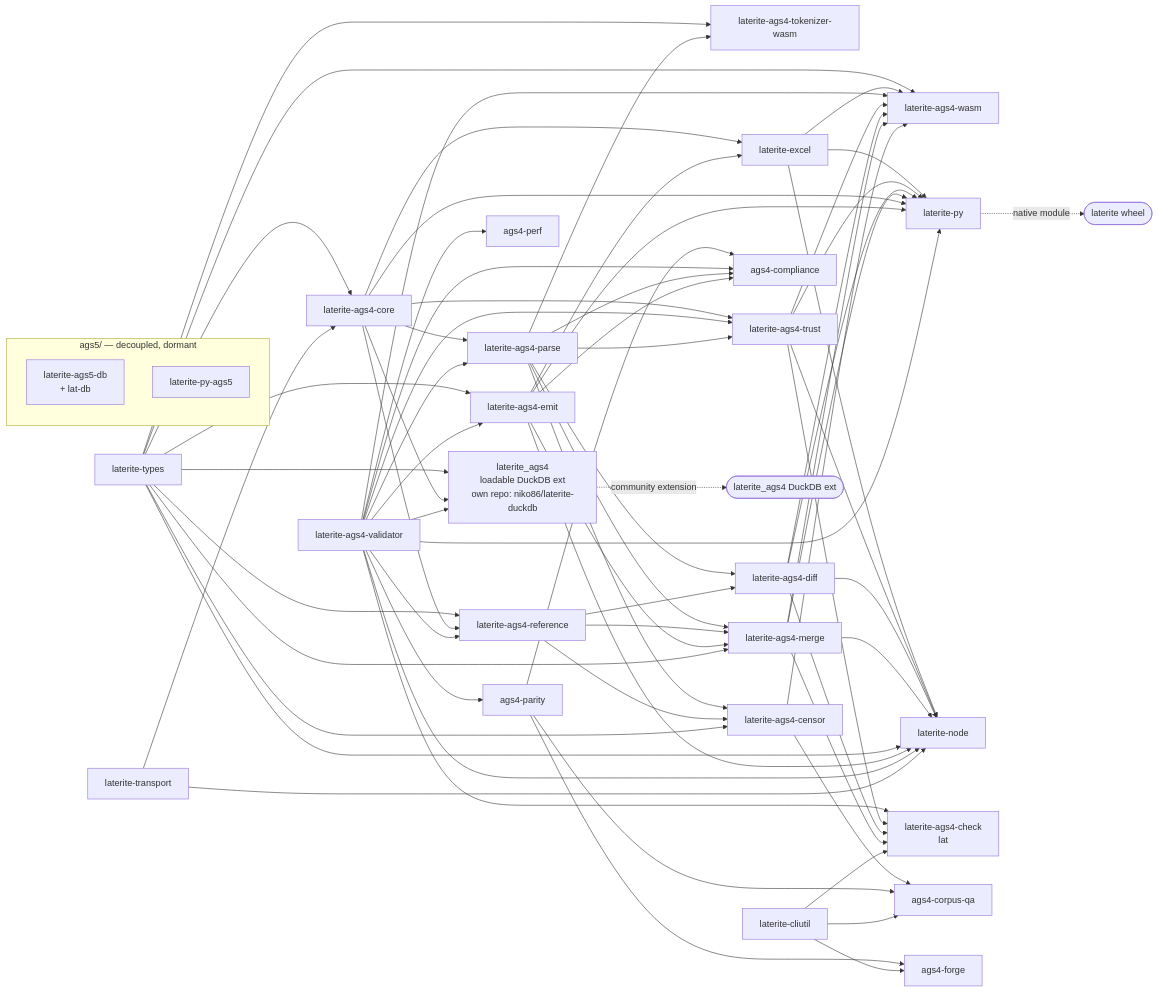
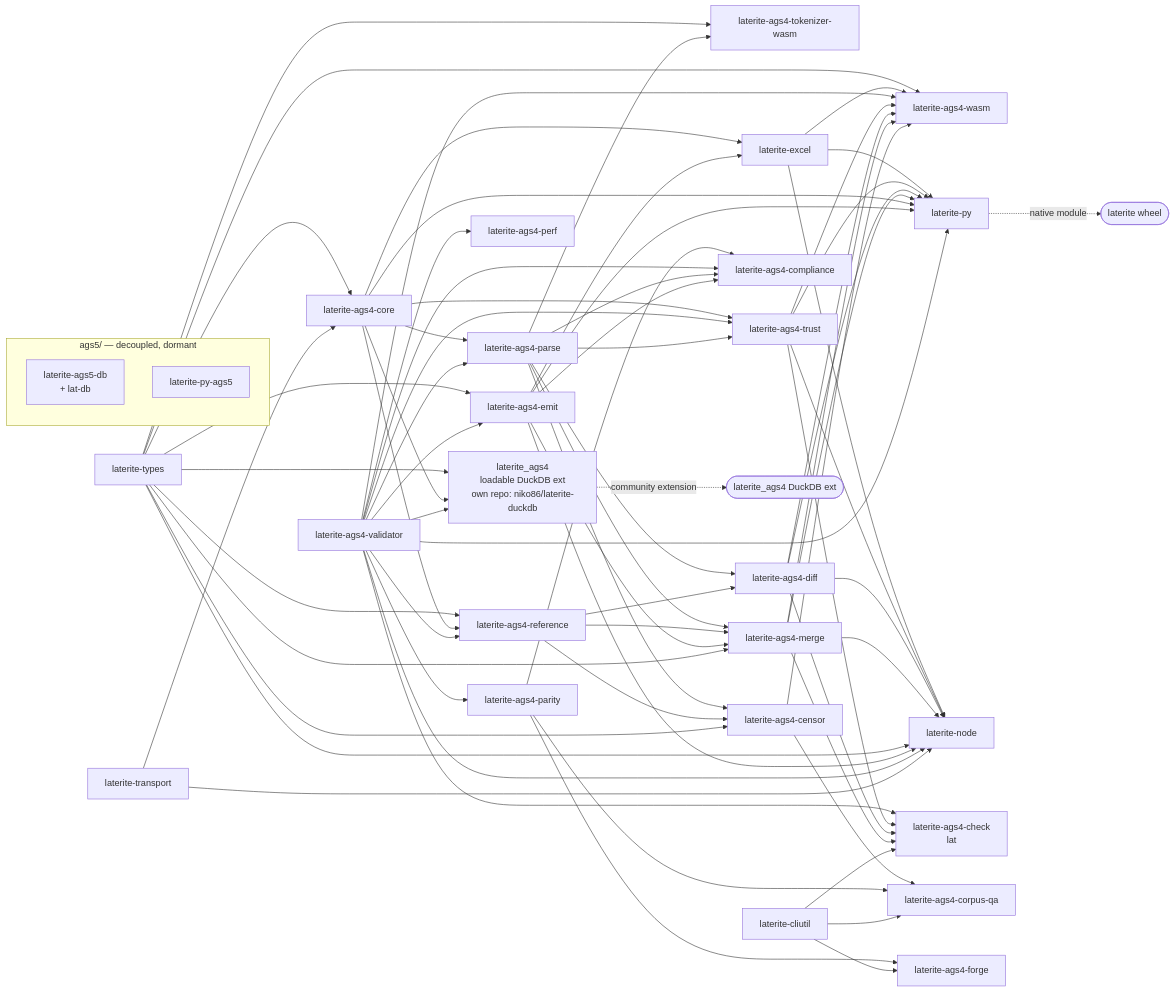
Before and after one commit to niko86/laterite: the diagram in ags-wiki/concepts/crate-map.md, drawn with Mermaid. The commit also changed other lines of this file and 43 other files, not shown here.

First line of the commit message:
docs(wiki): sync tool-crate pages to the laterite-ags4-* rename

````diff
--- a/ags-wiki/concepts/crate-map.md
+++ b/ags-wiki/concepts/crate-map.md
@@ -375,75 +375,75 @@
 ```mermaid
 flowchart LR
   types[laterite-types] --> core[laterite-ags4-core]
   types --> reference
   core --> parse[laterite-ags4-parse]
   core --> reference[laterite-ags4-reference]
   validator --> parse
   validator --> reference
   types --> wasm[laterite-ags4-wasm]
   types --> tokenizerwasm[laterite-ags4-tokenizer-wasm]
   parse --> tokenizerwasm
   types --> emit[laterite-ags4-emit]
   validator[laterite-ags4-validator] --> emit
   core --> excel[laterite-excel]
   emit --> excel
   excel --> latpy[laterite-py]
   excel --> latnode
   excel --> wasm
   validator --> check[laterite-ags4-check<br/>lat]
   validator --> wasm
   core --> trust[laterite-ags4-trust]
   validator --> trust
   parse --> trust
   trust --> check
   trust --> latpy
   trust --> latnode
   trust --> wasm
   parse --> diff[laterite-ags4-diff]
   reference --> diff
   diff --> check
   diff --> latpy
   diff --> latnode
   diff --> wasm
   parse --> merge[laterite-ags4-merge]
   reference --> merge
   emit --> merge
   types --> merge
   merge --> check
   merge --> latpy
   merge --> latnode
   merge --> wasm
   parse --> censor[laterite-ags4-censor]
   reference --> censor
   types --> censor
   censor --> corpusqa
   censor --> wasm
-  validator --> parity[ags4-parity]
+  validator --> parity[laterite-ags4-parity]
   core --> latpy[laterite-py]
   emit --> latpy
   validator --> latpy
   types --> latnode[laterite-node]
   emit --> latnode
   validator --> latnode
   transport[laterite-transport] --> core
   transport --> latnode
   types --> duckdb["laterite_ags4<br/>loadable DuckDB ext<br/>own repo: niko86/laterite-duckdb"]
   core --> duckdb
   validator --> duckdb
-  parity --> corpusqa[ags4-corpus-qa]
-  parity --> forge[ags4-forge]
-  parity --> compliance[ags4-compliance]
+  parity --> corpusqa[laterite-ags4-corpus-qa]
+  parity --> forge[laterite-ags4-forge]
+  parity --> compliance[laterite-ags4-compliance]
   validator --> compliance
   parse --> compliance
   emit --> compliance
-  validator --> perf[ags4-perf]
+  validator --> perf[laterite-ags4-perf]
   cliutil[laterite-cliutil] --> check
   cliutil --> corpusqa
   cliutil --> forge
   latpy -.native module.-> wlat([laterite wheel])
   duckdb -.community extension.-> cext([laterite_ags4 DuckDB ext])
   subgraph dormant["ags5/ — decoupled, dormant"]
     cli[laterite-ags5-db<br/>+ lat-db]
     latpy5[laterite-py-ags5]
   end
 ```
````
